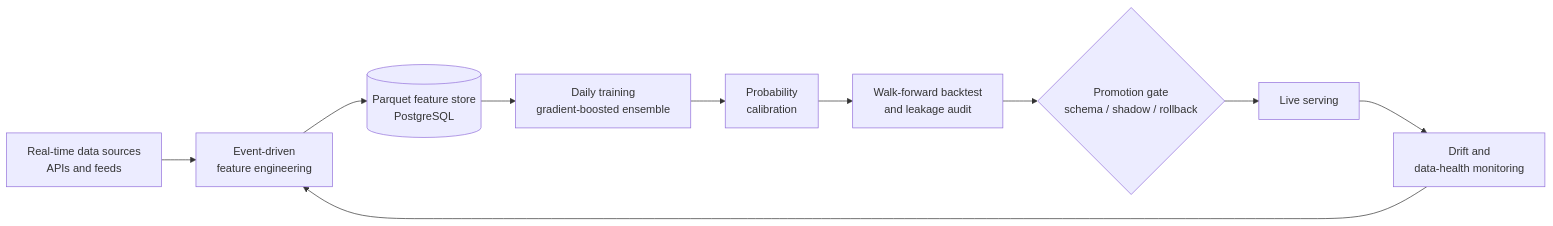
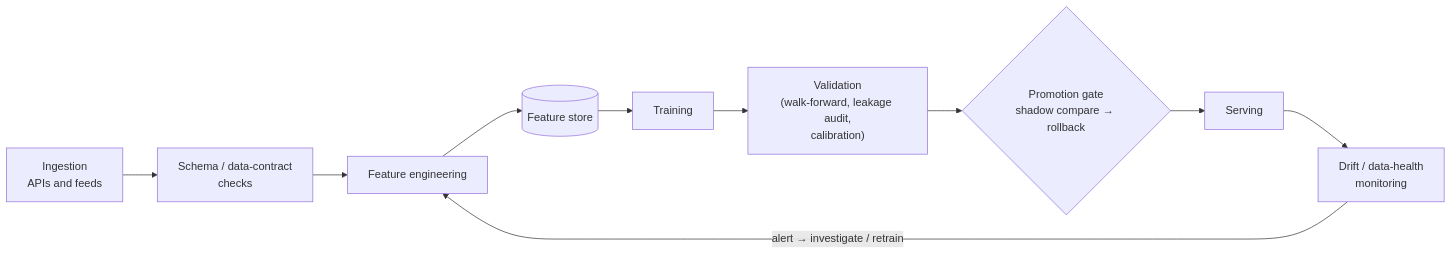
Before and after one commit to ballinprestige/ml-engineering-portfolio: the diagram in README.md, drawn with Mermaid. The commit also changed other lines of this file and 15 other files, not shown here.

````diff
--- a/README.md
+++ b/README.md
@@ -33,12 +29,12 @@
 ```mermaid
 flowchart LR
-    A["Real-time data sources<br/>APIs and feeds"] --> B["Event-driven<br/>feature engineering"]
-    B --> C[("Parquet feature store<br/>PostgreSQL")]
-    C --> D["Daily training<br/>gradient-boosted ensemble"]
-    D --> E["Probability<br/>calibration"]
-    E --> F["Walk-forward backtest<br/>and leakage audit"]
-    F --> G{"Promotion gate<br/>schema / shadow / rollback"}
-    G --> H["Live serving"]
-    H --> I["Drift and<br/>data-health monitoring"]
-    I --> B
+    A["Ingestion<br/>APIs and feeds"] --> B["Schema / data-contract<br/>checks"]
+    B --> C["Feature engineering"]
+    C --> D[("Feature store")]
+    D --> E["Training"]
+    E --> F["Validation<br/>(walk-forward, leakage audit,<br/>calibration)"]
+    F --> G{"Promotion gate<br/>shadow compare → rollback"}
+    G --> H["Serving"]
+    H --> I["Drift / data-health<br/>monitoring"]
+    I -->|alert → investigate / retrain| C
 ```
````
